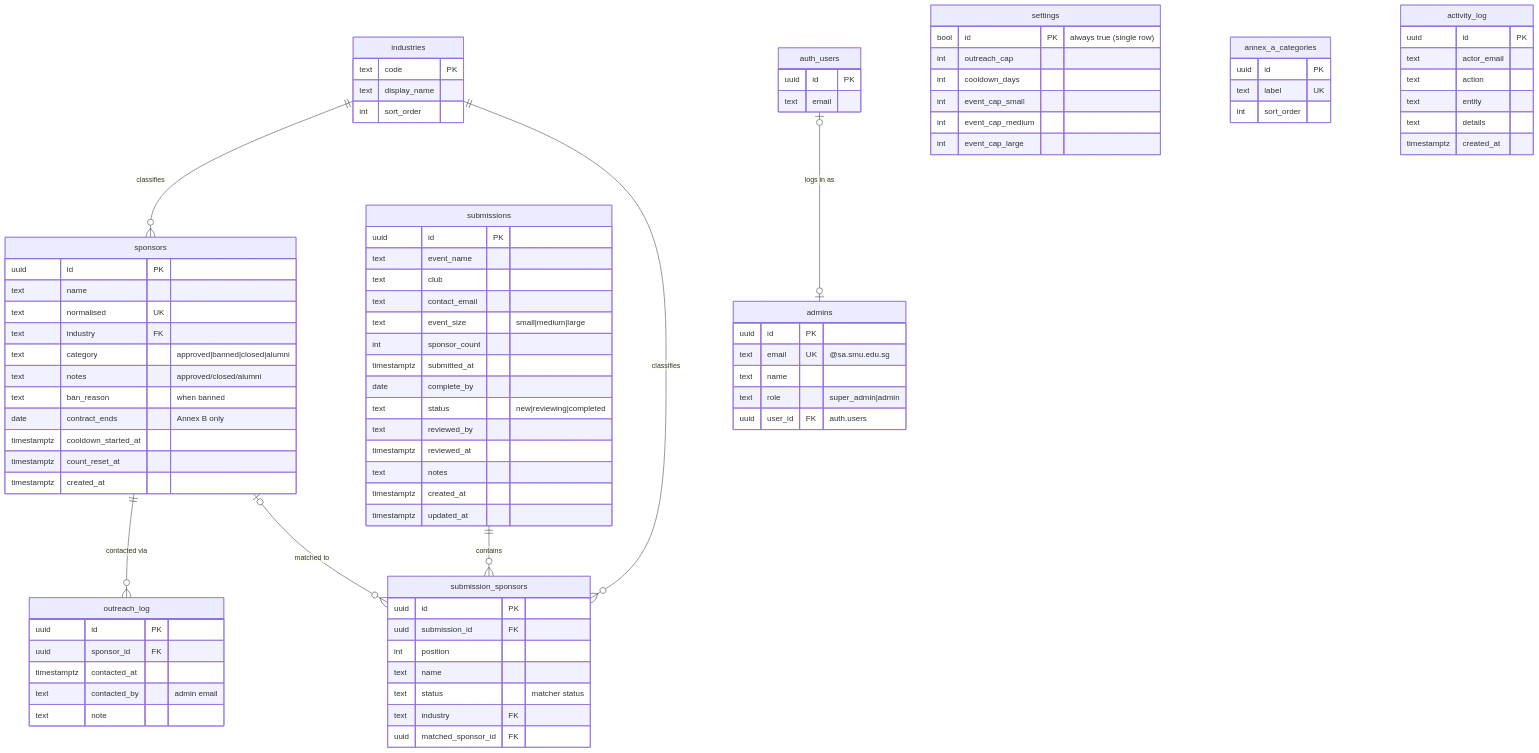
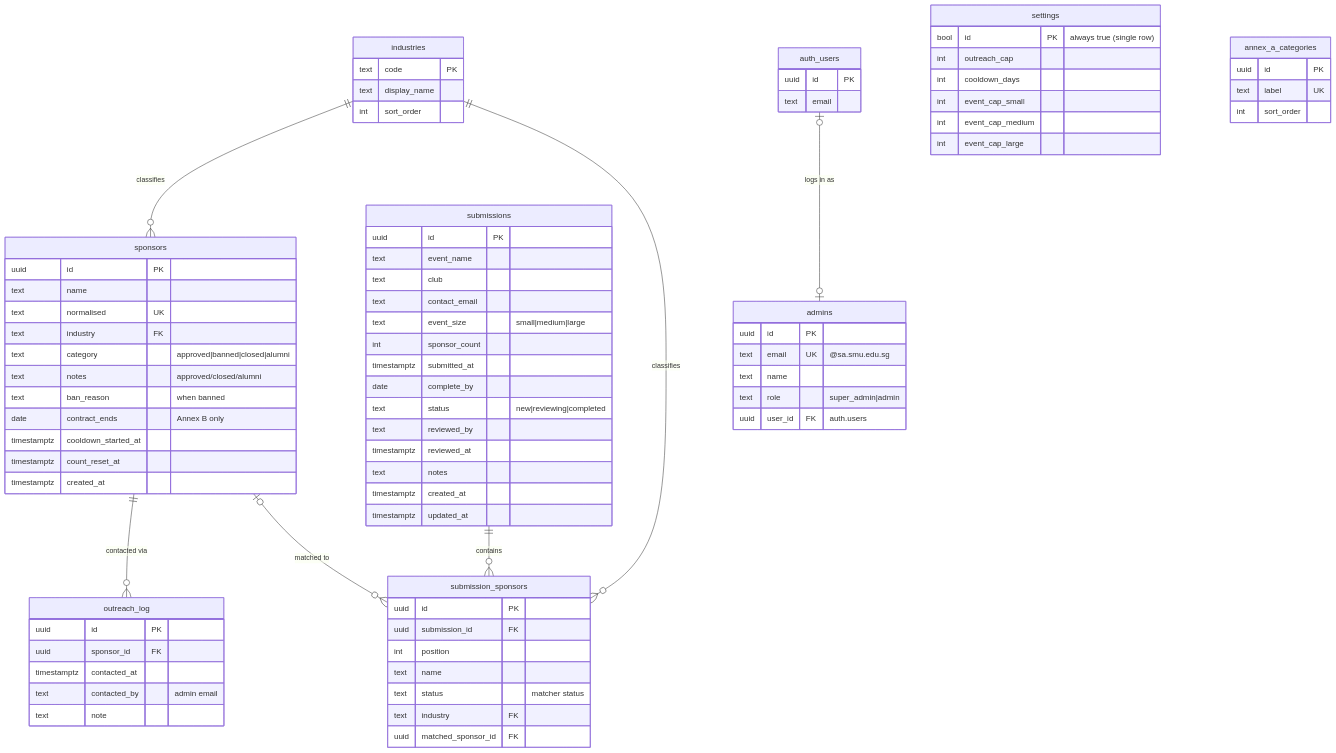
The diagram in supabase/DATABASE_GUIDE.md (triciaaleee/BIZCOM-SponsorCheck), drawn with Mermaid before and after one commit. The commit also changed other lines of this file and 12 other files, not shown here.

```diff
--- a/supabase/DATABASE_GUIDE.md
+++ b/supabase/DATABASE_GUIDE.md
@@ -216,14 +216,6 @@
         text label UK
         int  sort_order
     }
-    activity_log {
-        uuid id PK
-        text actor_email
-        text action
-        text entity
-        text details
-        timestamptz created_at
-    }
     auth_users {
         uuid id PK
         text email
```
